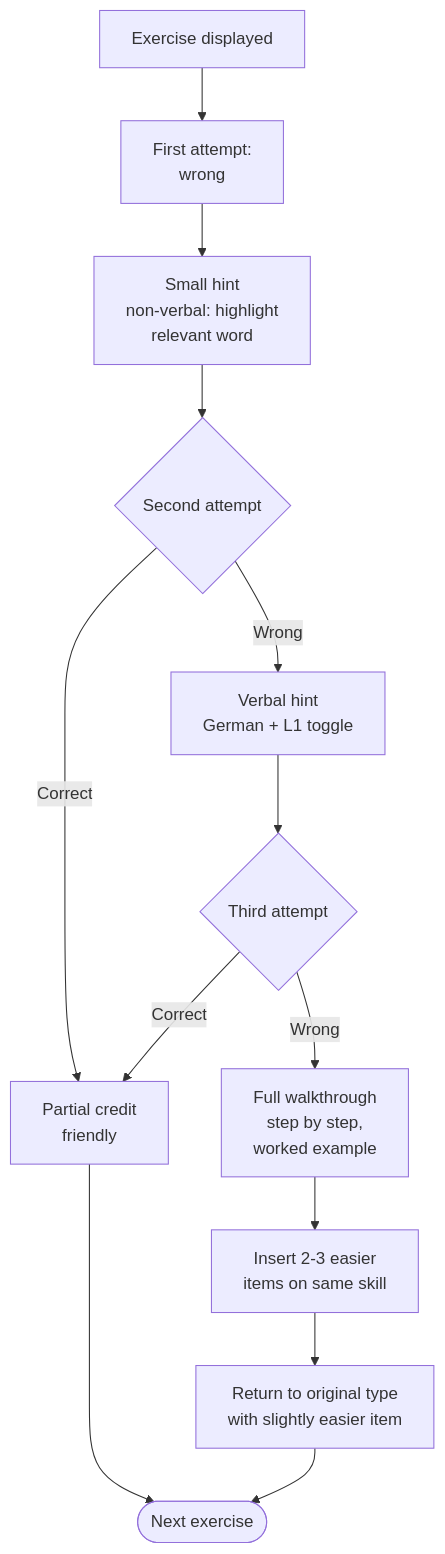
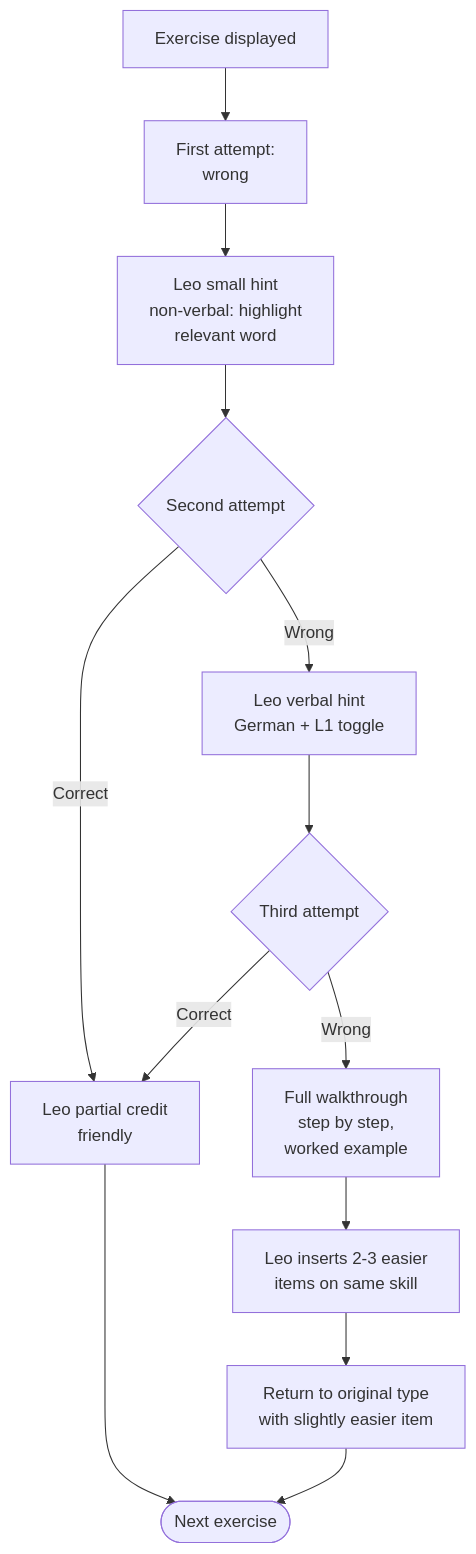
Before and after one commit to romank-crisp/gymi-pruf: the tenth of 16 diagrams in docs/product/user-flows-and-interaction.md, drawn with Mermaid. The commit also changed other lines of this file and 3 other files, not shown here.

````diff
--- a/docs/product/user-flows-and-interaction.md
+++ b/docs/product/user-flows-and-interaction.md
@@ -295,15 +335,15 @@
 ```mermaid
 flowchart TD
     A[Exercise displayed] --> R1[First attempt:<br/>wrong]
-    R1 --> H1[Small hint<br/>non-verbal: highlight<br/>relevant word]
+    R1 --> H1[Leo small hint<br/>non-verbal: highlight<br/>relevant word]
     H1 --> R2{Second attempt}
-    R2 -->|Correct| W[Partial credit<br/>friendly]
-    R2 -->|Wrong| H2[Verbal hint<br/>German + L1 toggle]
+    R2 -->|Correct| W[Leo partial credit<br/>friendly]
+    R2 -->|Wrong| H2[Leo verbal hint<br/>German + L1 toggle]
     H2 --> R3{Third attempt}
     R3 -->|Correct| W
     R3 -->|Wrong| WALK[Full walkthrough<br/>step by step,<br/>worked example]
-    WALK --> EASY[Insert 2-3 easier<br/>items on same skill]
+    WALK --> EASY[Leo inserts 2-3 easier<br/>items on same skill]
     EASY --> BACK[Return to original type<br/>with slightly easier item]
     W --> Next([Next exercise])
     BACK --> Next
 ```
````
